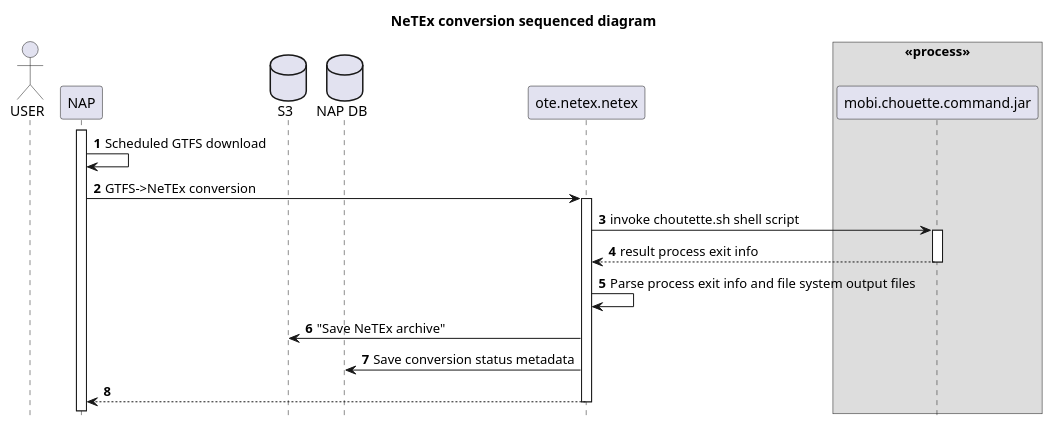
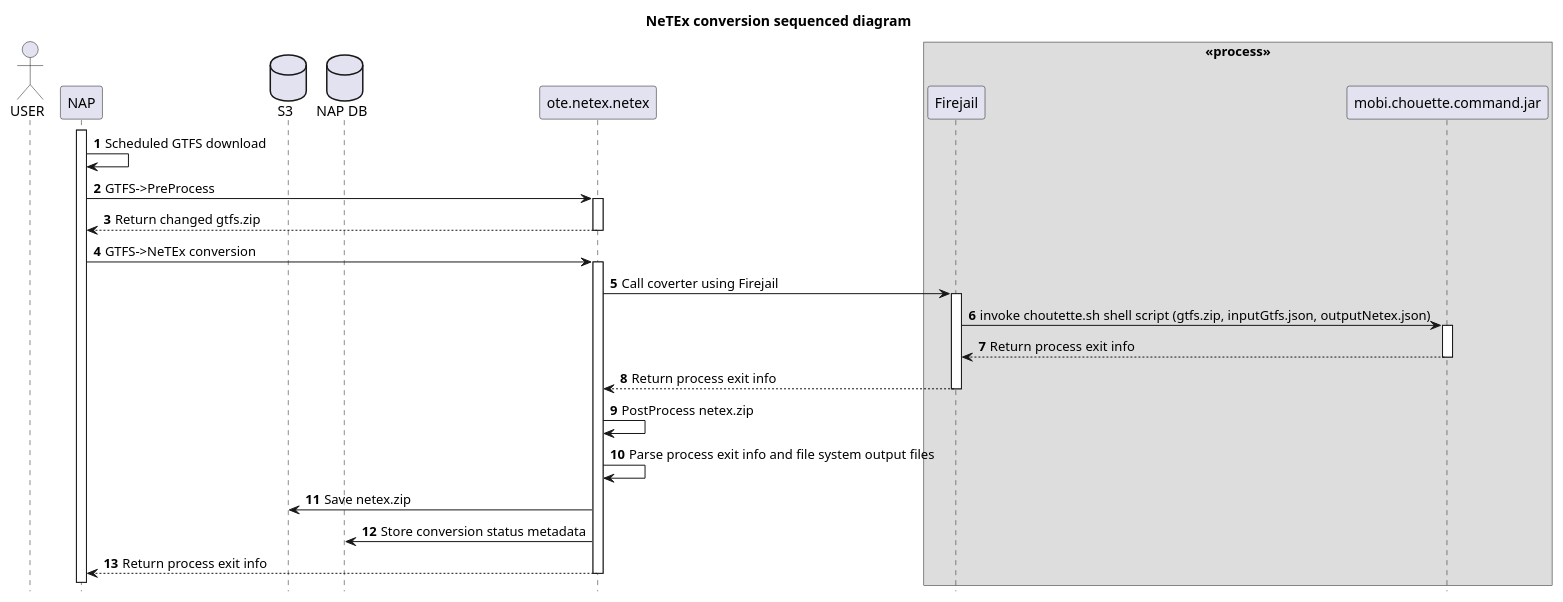
Before and after one commit to tmfg/mmtis-national-access-point: the diagram in docs/netex/netex-conversion-sequence-diagram.plantuml, drawn with PlantUML.

Commit message:
Update netex sequence diagram

```diff
--- a/docs/netex/netex-conversion-sequence-diagram.plantuml
+++ b/docs/netex/netex-conversion-sequence-diagram.plantuml
@@ -1,28 +1,36 @@
 @startuml
 title NeTEx conversion sequenced diagram
 autonumber
 hide footbox
 
 actor "USER" as USER
 participant "NAP" as NAP
 database "S3" as S3
 database "NAP DB" as DB
 participant "ote.netex.netex" as CONVERTER
 box <<process>>
+participant "Firejail" as FJ
 participant "mobi.chouette.command.jar" as CHOUETTE
 end box
 
 activate NAP
 
 NAP -> NAP : Scheduled GTFS download
+NAP -> CONVERTER : GTFS->PreProcess
+activate CONVERTER
+return Return changed gtfs.zip
 NAP -> CONVERTER : GTFS->NeTEx conversion
 activate CONVERTER
-CONVERTER->CHOUETTE: invoke choutette.sh shell script
+CONVERTER->FJ: Call coverter using Firejail
+activate FJ
+FJ->CHOUETTE: invoke choutette.sh shell script (gtfs.zip, inputGtfs.json, outputNetex.json)
 activate CHOUETTE
-return result process exit info
+return Return process exit info
+return Return process exit info
+CONVERTER->CONVERTER : PostProcess netex.zip
 CONVERTER->CONVERTER : Parse process exit info and file system output files
-CONVERTER->S3 : "Save NeTEx archive"
-CONVERTER->DB : Save conversion status metadata
-return
+CONVERTER->S3 : Save netex.zip
+CONVERTER->DB : Store conversion status metadata
+return Return process exit info
 
 @enduml
```
